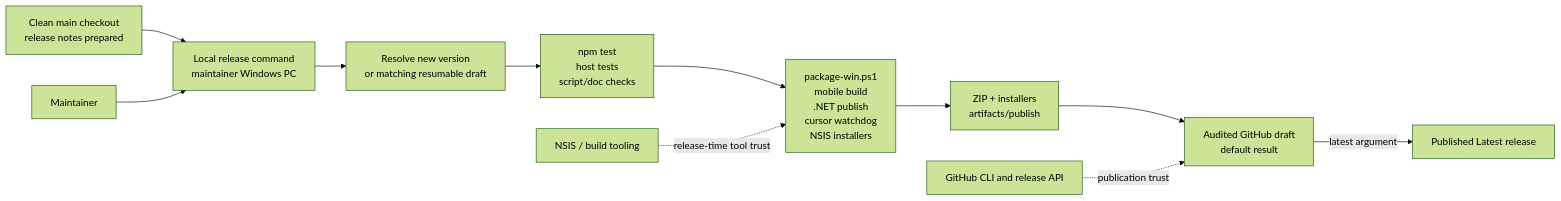
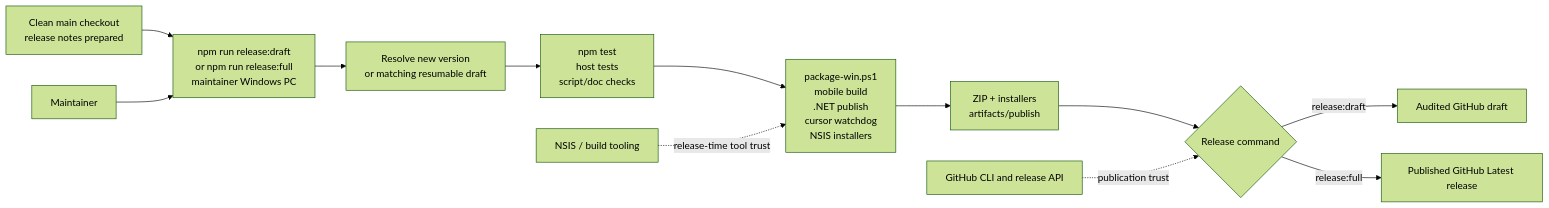
Before and after one commit to voltura/voltura-air: the fourth of 4 diagrams in docs/security-architecture-diagrams.md, drawn with Mermaid (forest theme). The commit also changed other lines of this file and 36 other files, not shown here.

````diff
--- a/docs/security-architecture-diagrams.md
+++ b/docs/security-architecture-diagrams.md
@@ -87,14 +77,15 @@
 ```mermaid
 flowchart LR
-  Source["Clean main checkout\nrelease notes prepared"] --> Local["Local release command\nmaintainer Windows PC"]
+  Source["Clean main checkout\nrelease notes prepared"] --> Local["npm run release:draft\nor npm run release:full\nmaintainer Windows PC"]
   Local --> Guard["Resolve new version\nor matching resumable draft"]
   Guard --> Test["npm test\nhost tests\nscript/doc checks"]
   Test --> Package["package-win.ps1\nmobile build\n.NET publish\ncursor watchdog\nNSIS installers"]
   Package --> Artifacts["ZIP + installers\nartifacts/publish"]
-  Artifacts --> Draft["Audited GitHub draft\ndefault result"]
-  Draft -->|"latest argument"| Public["Published Latest release"]
+  Artifacts --> Mode{"Release command"}
+  Mode -->|"release:draft"| Draft["Audited GitHub draft"]
+  Mode -->|"release:full"| Public["Published GitHub Latest release"]
 
-  GitHub["GitHub CLI and release API"] -. "publication trust" .-> Draft
+  GitHub["GitHub CLI and release API"] -. "publication trust" .-> Mode
   Tooling["NSIS / build tooling"] -. "release-time tool trust" .-> Package
   Maintainer["Maintainer"] --> Local
 ```
````
